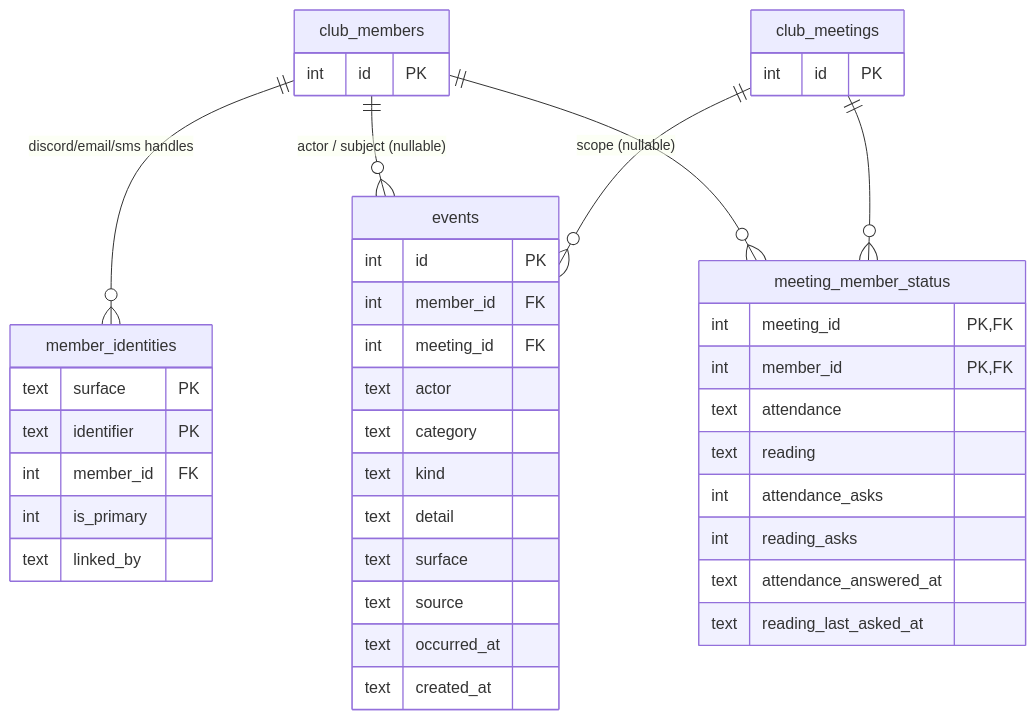
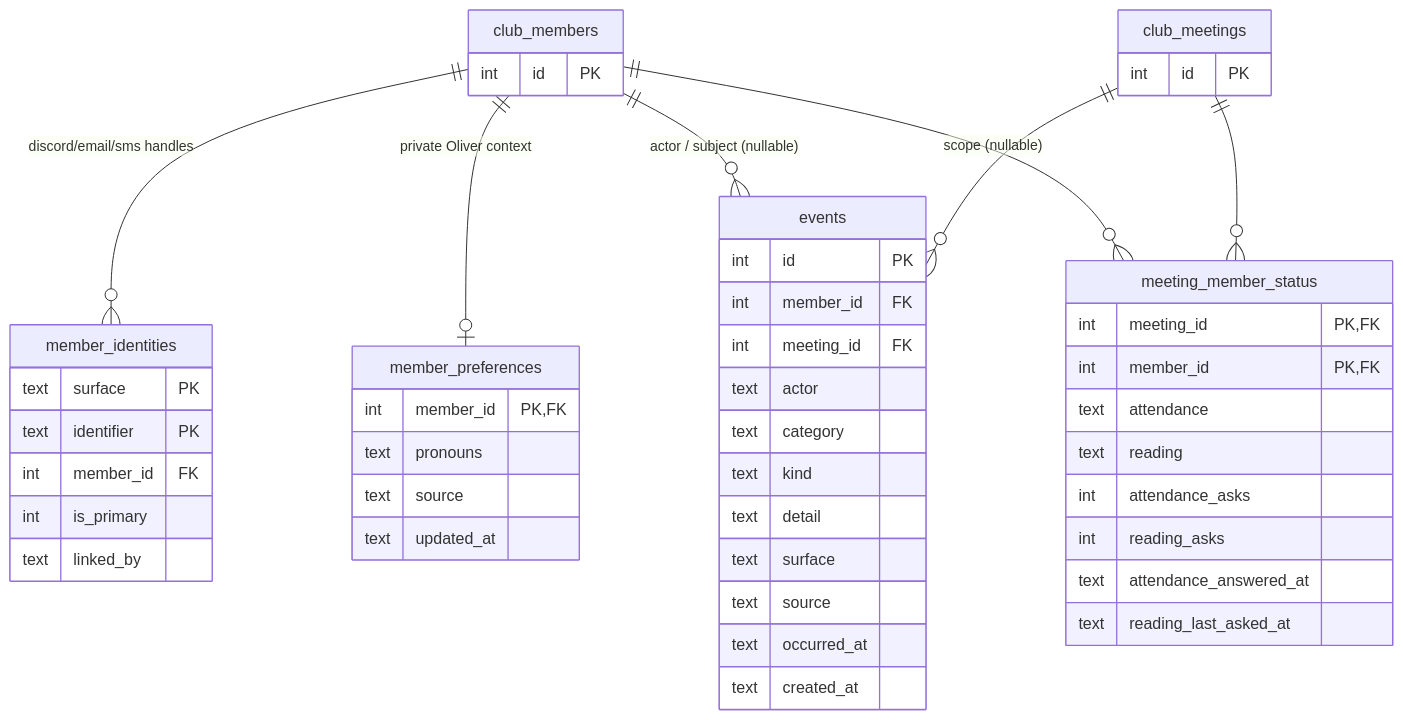
One commit to jthingelstad/rwbookclub.com changed the second of 3 diagrams in docs/ERD.md. Above: the diagram before and after it, drawn with Mermaid. The commit also changed other lines of this file and 16 other files, not shown here.

First line of the commit message:
fix: keep member pronouns private and natural

````diff
--- a/docs/ERD.md
+++ b/docs/ERD.md
@@ -171,41 +171,48 @@
 ```mermaid
 erDiagram
     club_members   ||--o{ member_identities      : "discord/email/sms handles"
+    club_members   ||--o| member_preferences     : "private Oliver context"
     club_members   ||--o{ events                  : "actor / subject (nullable)"
     club_meetings  ||--o{ events                  : "scope (nullable)"
     club_members   ||--o{ meeting_member_status   : ""
     club_meetings  ||--o{ meeting_member_status   : ""
 
     club_members  { int id PK }
     club_meetings { int id PK }
     member_identities {
         text surface PK
         text identifier PK
         int member_id FK
         int is_primary
         text linked_by
+    }
+    member_preferences {
+        int member_id PK,FK
+        text pronouns
+        text source
+        text updated_at
     }
     events {
         int id PK
         int member_id FK
         int meeting_id FK
         text actor
         text category
         text kind
         text detail
         text surface
         text source
         text occurred_at
         text created_at
     }
     meeting_member_status {
         int meeting_id PK,FK
         int member_id PK,FK
         text attendance
         text reading
         int attendance_asks
         int reading_asks
         text attendance_answered_at
         text reading_last_asked_at
     }
 ```
````
